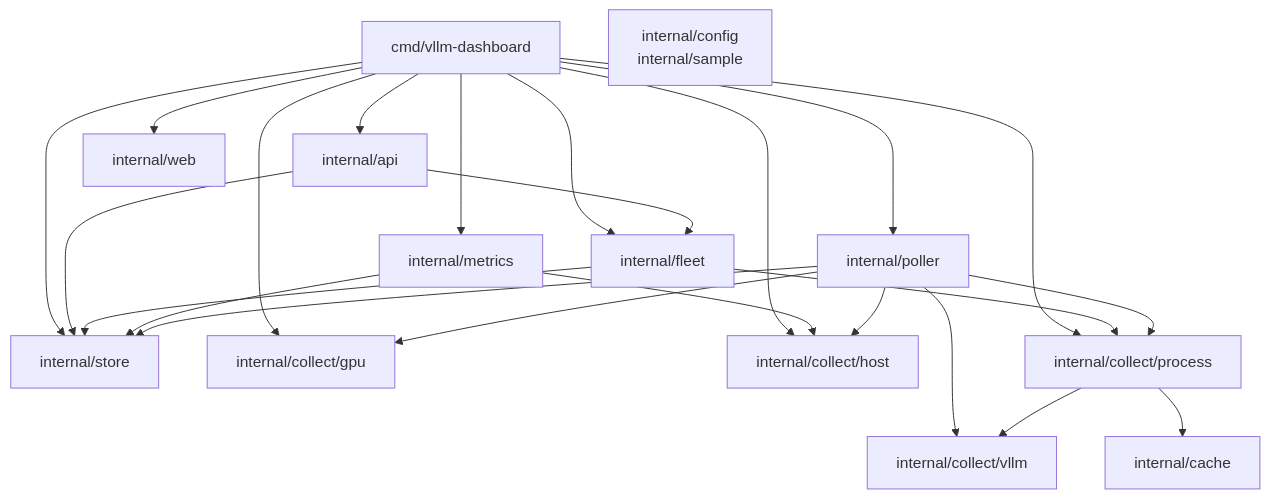
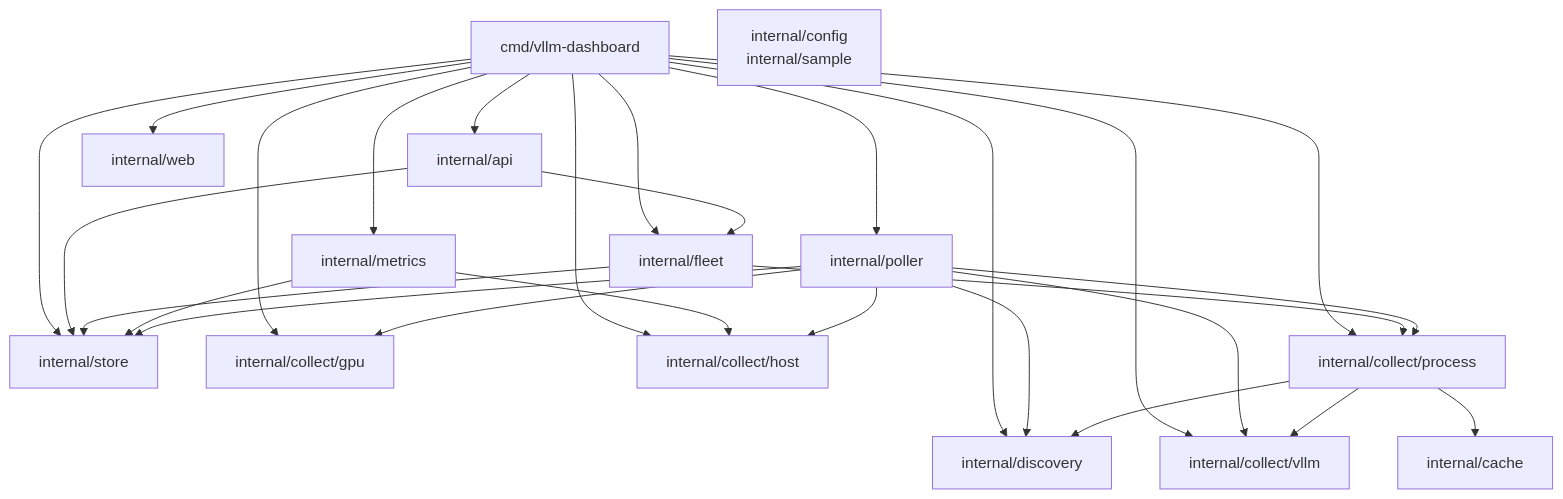
One commit to awlx/vllm-dashboard changed the first of 7 diagrams in docs/architecture.md. Above: the diagram before and after it, drawn with Mermaid. The commit also changed other lines of this file and 6 other files, not shown here.

````diff
--- a/docs/architecture.md
+++ b/docs/architecture.md
@@ -57,26 +59,30 @@
 ```mermaid
 flowchart TB
   main["cmd/vllm-dashboard"] --> api["internal/api"]
   main --> metrics["internal/metrics"]
   main --> poller["internal/poller"]
   main --> web["internal/web"]
   main --> fleet["internal/fleet"]
   main --> store["internal/store"]
   main --> gpu["internal/collect/gpu"]
   main --> host["internal/collect/host"]
   main --> process["internal/collect/process"]
+  main --> discovery["internal/discovery"]
+  main --> vllm
   api --> fleet
   api --> store
   fleet --> store
   fleet --> process
   metrics --> store
   metrics --> host
   poller --> store
   poller --> gpu
   poller --> host
   poller --> vllm["internal/collect/vllm"]
   poller --> process
+  poller --> discovery
+  process --> discovery
   process --> vllm
   process --> cache["internal/cache"]
   leaf["internal/config<br/>internal/sample"]
 ```
````
